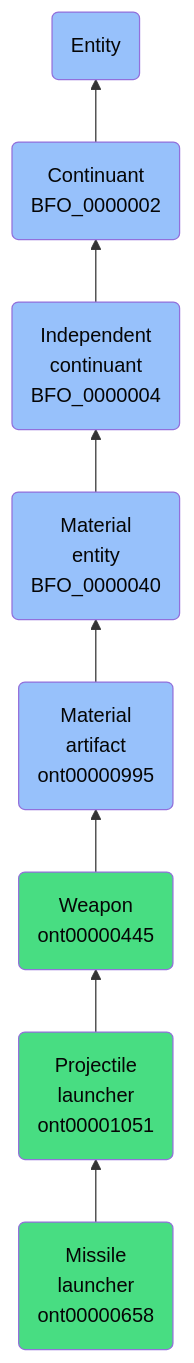
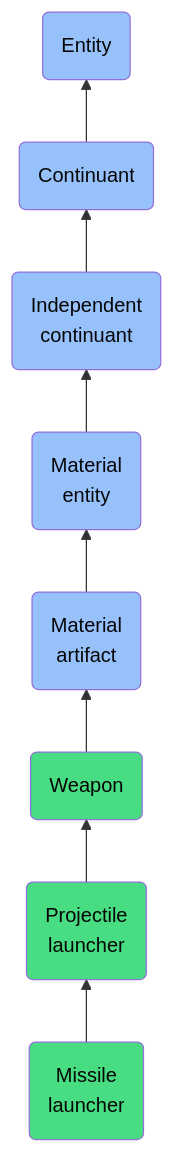
The diagram in docs/ontology/reference/model/Entity/Continuant/Independent continuant/Material entity/Material artifact/Weapon/Projectile launcher/Missile launcher/Missile launcher.md (jupyter-naas/abi), drawn with Mermaid before and after one commit. The commit also changed other lines of this file and 1430 other files, not shown here.

````diff
--- a/docs/ontology/reference/model/Entity/Continuant/Independent continuant/Material entity/Material artifact/Weapon/Projectile launcher/Missile launcher/Missile launcher.md
+++ b/docs/ontology/reference/model/Entity/Continuant/Independent continuant/Material entity/Material artifact/Weapon/Projectile launcher/Missile launcher/Missile launcher.md
@@ -24,15 +24,15 @@
 ```mermaid
 graph BT
-    ont00000658(Missile<br>launcher<br>ont00000658):::ABI-->ont00001051
-    ont00001051(Projectile<br>launcher<br>ont00001051):::ABI-->ont00000445
-    ont00000445(Weapon<br>ont00000445):::ABI-->ont00000995
-    ont00000995(Material<br>artifact<br>ont00000995):::BFO-->BFO_0000040
-    BFO_0000040(Material<br>entity<br>BFO_0000040):::BFO-->BFO_0000004
-    BFO_0000004(Independent<br>continuant<br>BFO_0000004):::BFO-->BFO_0000002
-    BFO_0000002(Continuant<br>BFO_0000002):::BFO-->BFO_0000001
+    ont00000658(Missile<br>launcher):::ABI-->ont00001051
+    ont00001051(Projectile<br>launcher):::ABI-->ont00000445
+    ont00000445(Weapon):::ABI-->ont00000995
+    ont00000995(Material<br>artifact):::BFO-->BFO_0000040
+    BFO_0000040(Material<br>entity):::BFO-->BFO_0000004
+    BFO_0000004(Independent<br>continuant):::BFO-->BFO_0000002
+    BFO_0000002(Continuant):::BFO-->BFO_0000001
     BFO_0000001(Entity):::BFO
     
     classDef BFO fill:#97c1fb,color:#060606
     classDef CCO fill:#e4c51e,color:#060606
     classDef ABI fill:#48DD82,color:#060606
 ```
````
